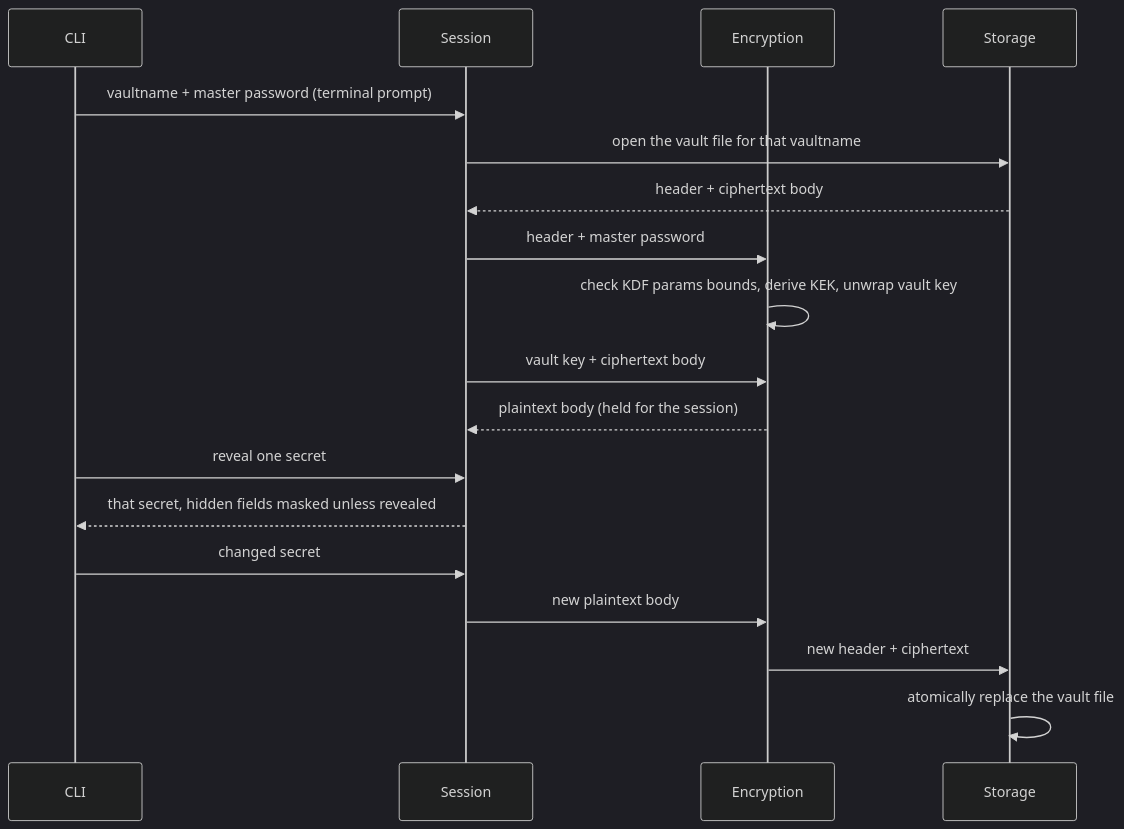
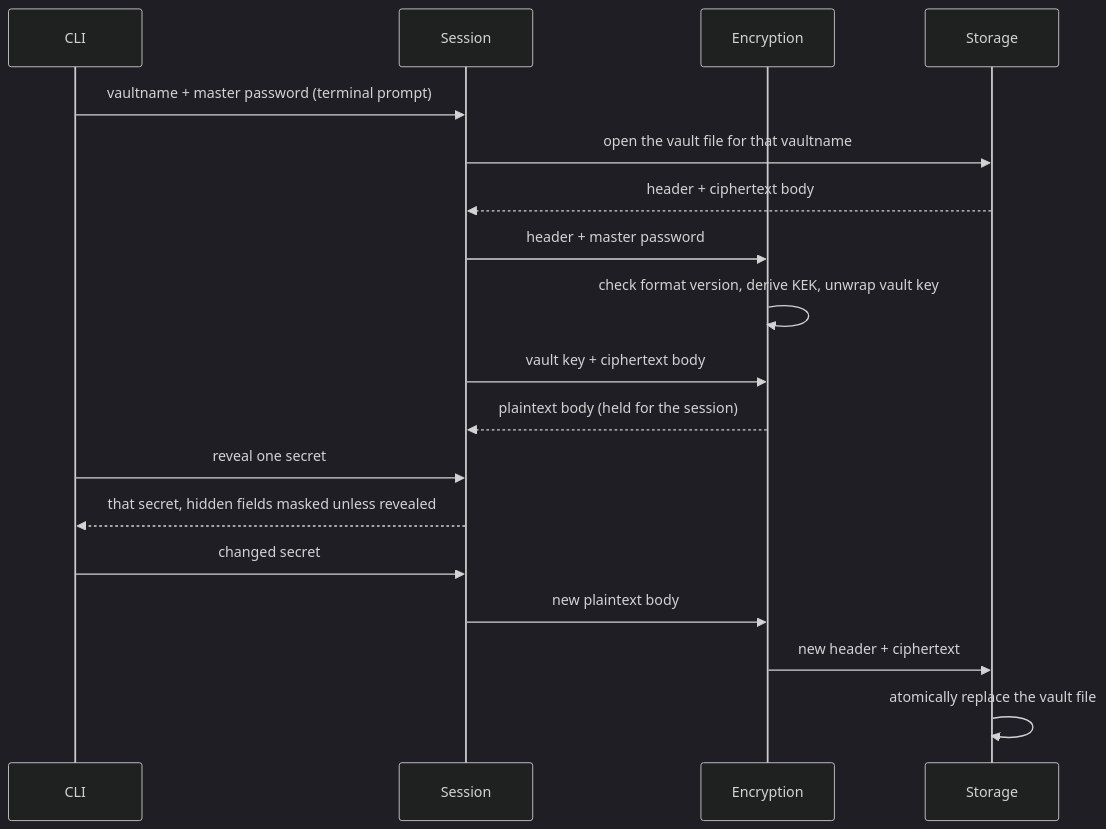
Before and after one commit to jevgeni-arefjev/secure-pass-manager: the second of 2 diagrams in secure-password-manager.md, drawn with Mermaid (dark theme). The commit also changed other lines of this file and 16 other files, not shown here.

````diff
--- a/secure-password-manager.md
+++ b/secure-password-manager.md
@@ -38,20 +38,20 @@
 ```mermaid
 sequenceDiagram
   participant CLI as CLI
   participant SE as Session
   participant ENC as Encryption
   participant ST as Storage
   CLI->>SE: vaultname + master password (terminal prompt)
   SE->>ST: open the vault file for that vaultname
   ST-->>SE: header + ciphertext body
   SE->>ENC: header + master password
-  ENC->>ENC: check KDF params bounds, derive KEK, unwrap vault key
+  ENC->>ENC: check format version, derive KEK, unwrap vault key
   SE->>ENC: vault key + ciphertext body
   ENC-->>SE: plaintext body (held for the session)
   CLI->>SE: reveal one secret
   SE-->>CLI: that secret, hidden fields masked unless revealed
   CLI->>SE: changed secret
   SE->>ENC: new plaintext body
   ENC->>ST: new header + ciphertext
   ST->>ST: atomically replace the vault file
 ```
````
